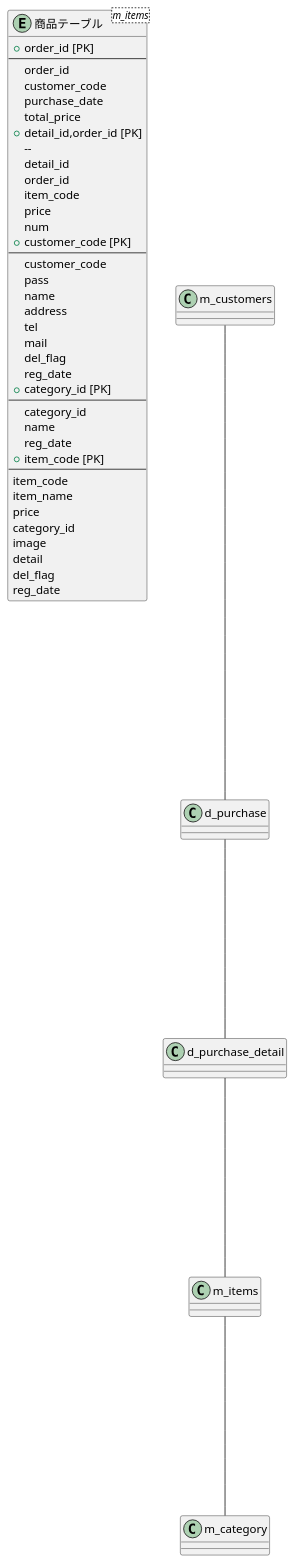
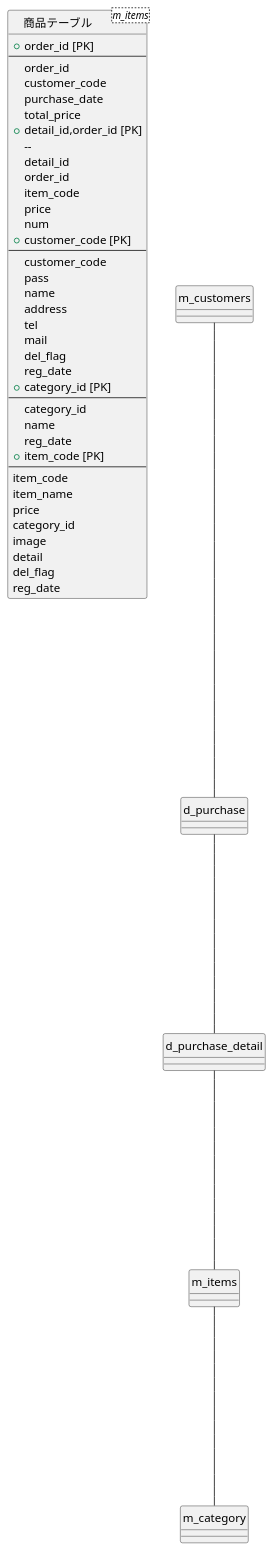
Before and after one commit to Aso2001137/2021sys-design: the diagram in SaER.md, drawn with PlantUML.

````diff
--- a/SaER.md
+++ b/SaER.md
@@ -1,61 +1,67 @@
 ```uml
 @startuml
+
+' hide the spot
+hide circle
+
+' avoid problems with angled crows feet
+skinparam linetype ortho
 entity "購入テーブル" as customer <d_purchase> {
   + order_id [PK]
   --
   order_id
   customer_code
   purchase_date
   total_price
 }
 
 entity "購入テーブル詳細" as  customer <d_purchase_detail> {
 + detail_id,order_id [PK]
   --
   detail_id
   order_id
   item_code
   price
   num
 }
 
 entity "ユーザーテーブル" as  customer <m_customers>{
   + customer_code [PK]
   --
   customer_code
   pass
   name
   address
   tel
   mail
   del_flag
   reg_date
 }
 
 entity "カテゴリテーブル" as  customer <m_category>{
   + category_id [PK]
   --
   category_id 
   name
   reg_date
 }
 
 entity "商品テーブル" as  customer <m_items>{
   + item_code [PK]
   --
   item_code
   item_name
   price
   category_id
   image
   detail
   del_flag
   reg_date
 }
 
 m_customers ----- d_purchase
 d_purchase ----- d_purchase_detail
 d_purchase_detail ----- m_items
 m_items ----- m_category
 @enduml
 ```
````
